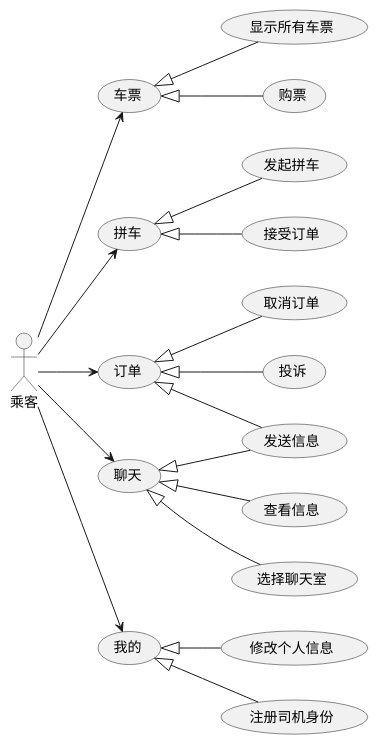
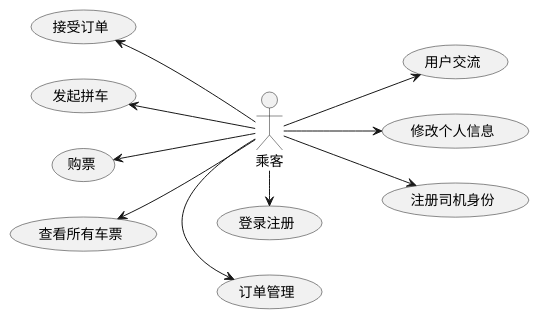
The diagram in src/main/resources/uml/用例图/乘客的用例图.puml (RZGGM/CarpoolingProjectBasedOnSringbootAndVue-Backend), drawn with PlantUML before and after one commit. The commit also changed 6 other files, not shown here.

Commit message:
完成了一些图

```diff
--- a/src/main/resources/uml/用例图/乘客的用例图.puml
+++ b/src/main/resources/uml/用例图/乘客的用例图.puml
@@ -1,34 +1,56 @@
 @startuml
 'https://plantuml.com/use-case-diagram
 
 left to right direction
 
+'
+'(车票)<|-- (显示所有车票)
+'(车票)<|--(购票)
+'
+'
+'(拼车)<|-- (发起拼车)
+'(拼车)<|--(接受订单)
+'
+'
+'(订单) <|-- (取消订单)
+'(订单) <|-- (发送信息)
+'(订单) <|-- (投诉)
+'
+'(聊天) <|-- (查看信息)
+'(聊天) <|-- (选择聊天室)
+'(聊天) <|-- (发送信息)
+'
+'(我的)<|-- (修改个人信息)
+'(我的)<|-- (注册司机身份)
 
-(车票)<|-- (显示所有车票)
-(车票)<|--(购票)
+'
+':乘客: --> (车票)
+':乘客: --> (拼车)
+':乘客: --> (订单)
+':乘客: --> (聊天)
+':乘客: --> (我的)
+
+:乘客: -up-> (查看所有车票)
+:乘客: -up-> (购票)
+
+:乘客: -up-> (发起拼车)
+:乘客: -up-> (接受订单)
+
+':乘客: -up-> (取消订单)
+':乘客: -right-> (发送信息)
+':乘客: -right-> (投诉)
+:乘客: -right-> (订单管理)
 
 
-(拼车)<|-- (发起拼车)
-(拼车)<|--(接受订单)
+:乘客: -right-> (登录注册)
+
+':乘客: --> (查看信息)
+':乘客: --> (选择聊天室)
+':乘客: --> (发送信息)
+:乘客: --> (用户交流)
 
 
-(订单) <|-- (取消订单)
-(订单) <|-- (发送信息)
-(订单) <|-- (投诉)
-
-(聊天) <|-- (查看信息)
-(聊天) <|-- (选择聊天室)
-(聊天) <|-- (发送信息)
-
-(我的)<|-- (修改个人信息)
-(我的)<|-- (注册司机身份)
-
-
-:乘客: --> (车票)
-:乘客: --> (拼车)
-:乘客: --> (订单)
-:乘客: --> (聊天)
-:乘客: --> (我的)
-
+:乘客: --> (修改个人信息)
+:乘客: --> (注册司机身份)
 
 @enduml
```
